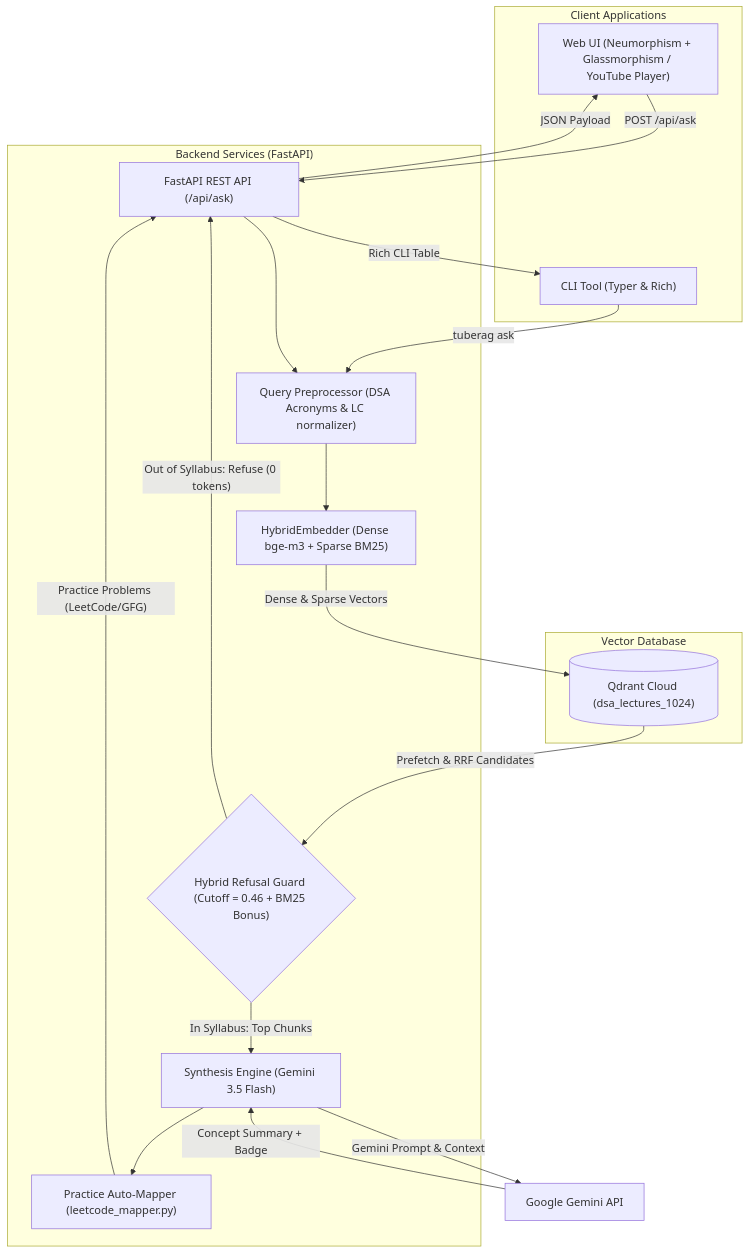
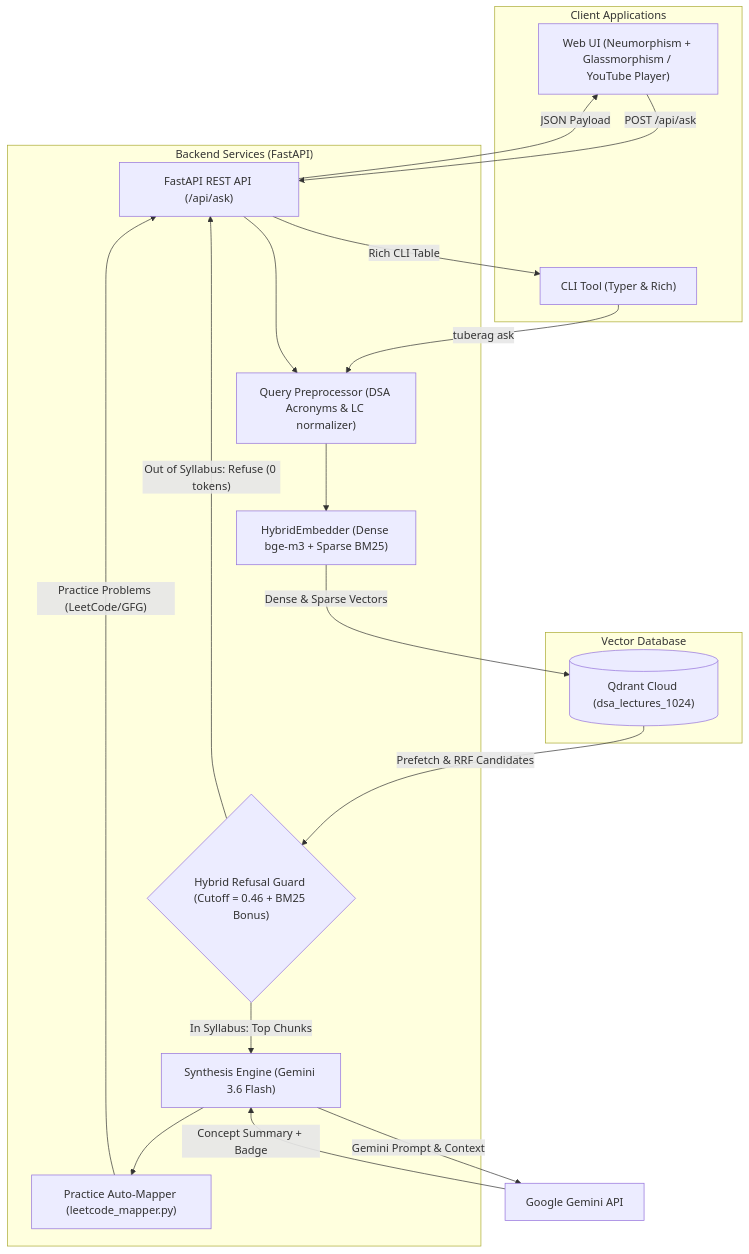
The first of 3 diagrams in README.md (matrix-1407/chronoRAG), drawn with Mermaid before and after one commit. The commit also changed other lines of this file and 4 other files, not shown here.

Commit message:
feat: switch synthesis engine to gemini-3.6-flash and add interactive DSA roadmap tracker

````diff
--- a/README.md
+++ b/README.md
@@ -51,35 +51,35 @@
 ```mermaid
 flowchart TD
     subgraph Clients["Client Applications"]
         WebUI["Web UI (Neumorphism + Glassmorphism / YouTube Player)"]
         CLI["CLI Tool (Typer & Rich)"]
     end
 
     subgraph Service["Backend Services (FastAPI)"]
         API["FastAPI REST API (/api/ask)"]
         Pre["Query Preprocessor (DSA Acronyms & LC normalizer)"]
         Embed["HybridEmbedder (Dense bge-m3 + Sparse BM25)"]
         Guard{"Hybrid Refusal Guard (Cutoff = 0.46 + BM25 Bonus)"}
-        Synth["Synthesis Engine (Gemini 3.5 Flash)"]
+        Synth["Synthesis Engine (Gemini 3.6 Flash)"]
         Mapper["Practice Auto-Mapper (leetcode_mapper.py)"]
     end
 
     subgraph Storage["Vector Database"]
         Qdrant[("Qdrant Cloud (dsa_lectures_1024)")]
     end
 
     WebUI -->|"POST /api/ask"| API
     CLI -->|"tuberag ask"| Pre
     API --> Pre
     Pre --> Embed
     Embed -->|"Dense & Sparse Vectors"| Qdrant
     Qdrant -->|"Prefetch & RRF Candidates"| Guard
     Guard -->|"Out of Syllabus: Refuse (0 tokens)"| API
     Guard -->|"In Syllabus: Top Chunks"| Synth
     Synth -->|"Gemini Prompt & Context"| GeminiAPI["Google Gemini API"]
     GeminiAPI -->|"Concept Summary + Badge"| Synth
     Synth --> Mapper
     Mapper -->|"Practice Problems (LeetCode/GFG)"| API
     API -->|"JSON Payload"| WebUI
     API -->|"Rich CLI Table"| CLI
 ```
````
